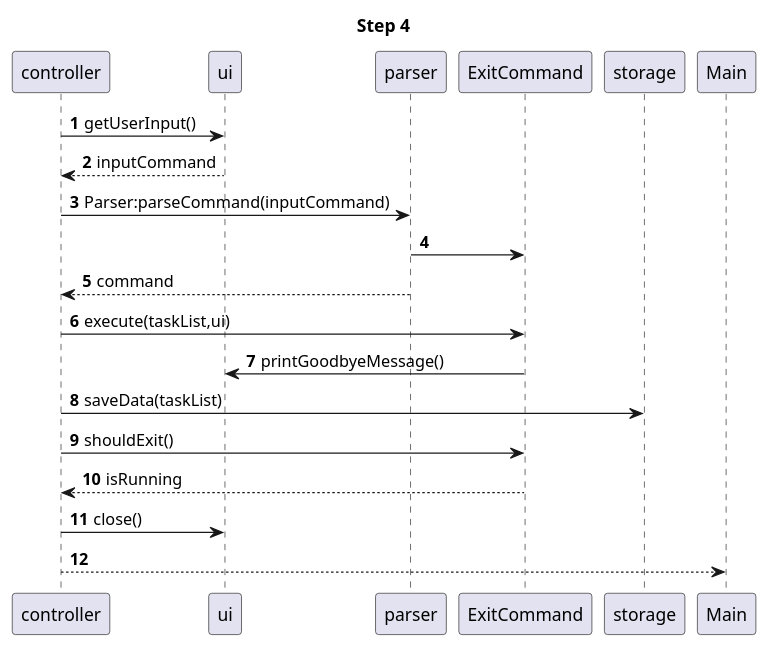
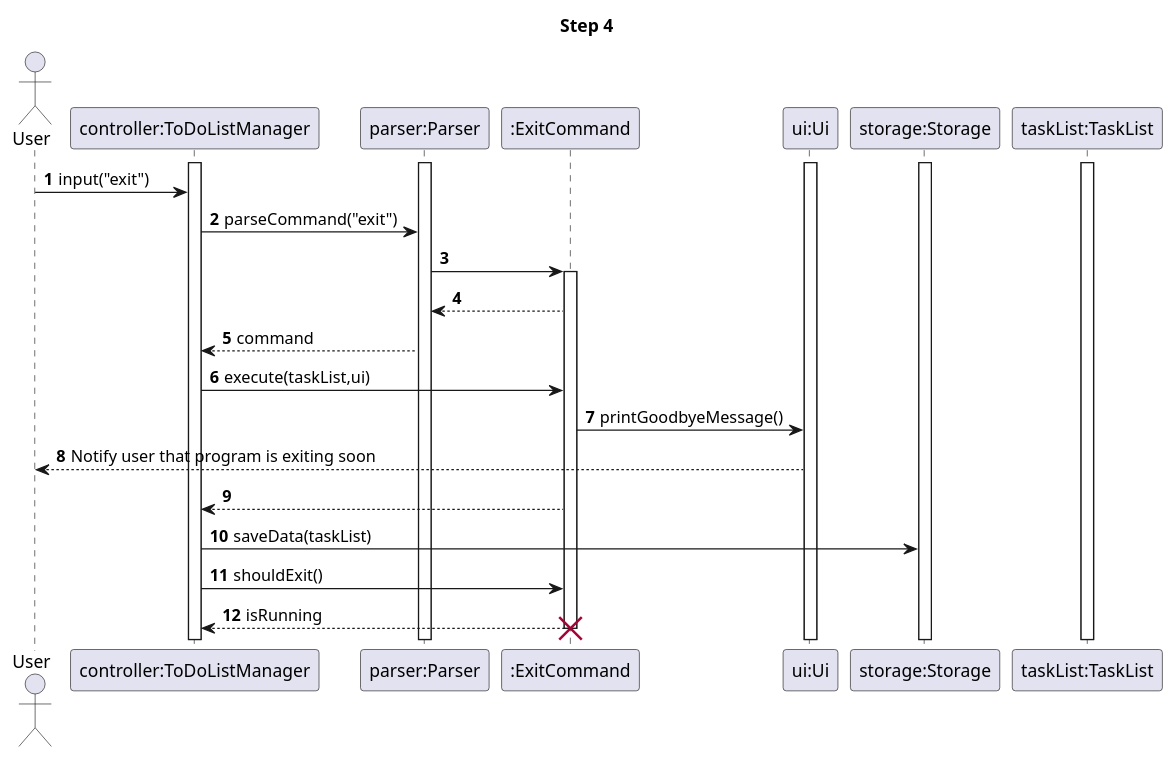
Before and after one commit to nus-cs2113-AY2223S2/tp: the diagram in docs/diagrams/StorageSequenceDiagramStep4.puml, drawn with PlantUML. The commit also changed 9 other files, not shown here.

Commit message:
Update developer guide and sequence diagrams and delete unnecessary file

```diff
--- a/docs/diagrams/StorageSequenceDiagramStep4.puml
+++ b/docs/diagrams/StorageSequenceDiagramStep4.puml
@@ -1,18 +1,36 @@
 @startuml
 'https://plantuml.com/sequence-diagram
 
 autonumber
+actor User
+participant "controller:ToDoListManager" as ToDoListManager
+participant "parser:Parser" as Parser
+participant ":ExitCommand" as ExitCommand
+participant "ui:Ui" as Ui
+participant "storage:Storage" as Storage
+participant "taskList:TaskList" as TaskList
+
 title Step 4
-controller -> ui:getUserInput()
-controller <-- ui:inputCommand
-controller -> parser:Parser:parseCommand(inputCommand)
-parser -> ExitCommand
-controller <-- parser:command
-controller -> ExitCommand:execute(taskList,ui)
-ExitCommand -> ui:printGoodbyeMessage()
-controller -> storage:saveData(taskList)
-controller -> ExitCommand:shouldExit()
-controller <-- ExitCommand:isRunning
-controller -> ui:close()
-Main <-- controller
+activate Storage
+activate ToDoListManager
+activate Parser
+activate TaskList
+activate Ui
+User -> ToDoListManager:input("exit")
+ToDoListManager -> Parser:parseCommand("exit")
+
+Parser -> ExitCommand
+activate ExitCommand
+Parser <-- ExitCommand
+ToDoListManager <-- Parser:command
+ToDoListManager -> ExitCommand:execute(taskList,ui)
+ExitCommand -> Ui:printGoodbyeMessage()
+Ui --> User:Notify user that program is exiting soon
+ToDoListManager <-- ExitCommand
+
+ToDoListManager -> Storage:saveData(taskList)
+ToDoListManager -> ExitCommand:shouldExit()
+ToDoListManager <-- ExitCommand:isRunning
+destroy ExitCommand
+
 @enduml
```
